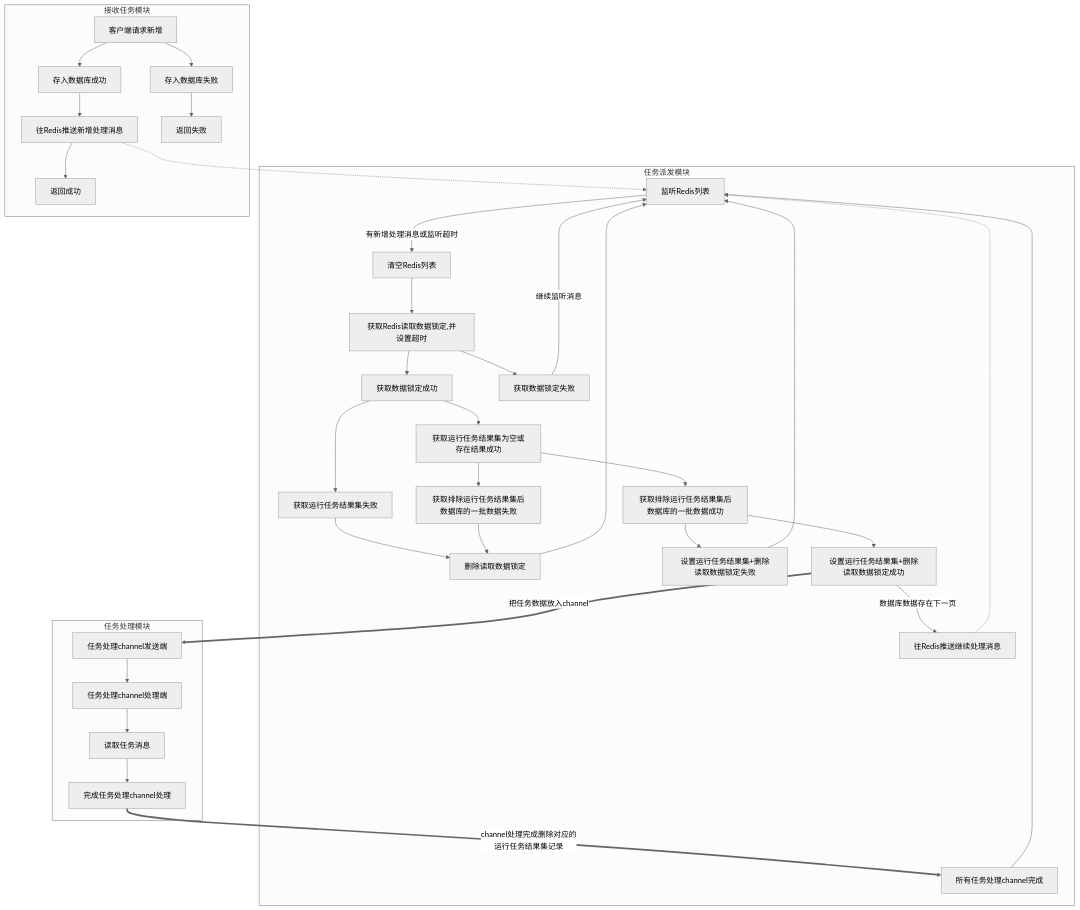
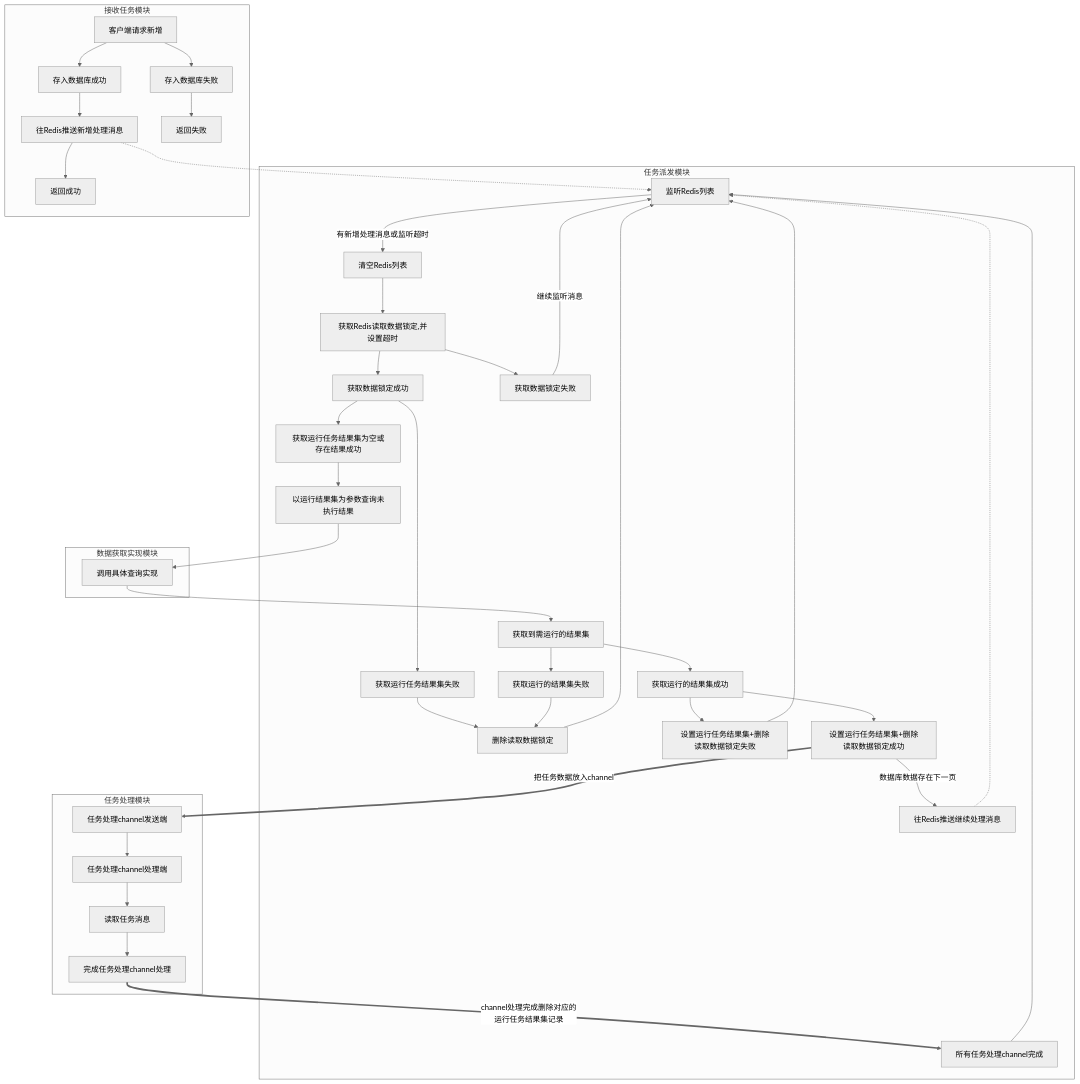
Before and after one commit to shanliu/lsys: the diagram in lsys-sender/README.MD, drawn with Mermaid (neutral theme). The commit also changed other lines of this file and 66 other files, not shown here.

````diff
--- a/lsys-sender/README.MD
+++ b/lsys-sender/README.MD
@@ -17,26 +17,30 @@
 ```mermaid
 flowchart TB
     往Redis推送新增处理消息 -.-> 监听Redis列表
     subgraph worker-service[任务处理模块]
         任务处理channel发送端-->任务处理channel处理端-->读取任务消息-->完成任务处理channel处理
     end
     subgraph send-service[任务派发模块]
         监听Redis列表--有新增处理消息或监听超时-->清空Redis列表-->获取Redis读取数据锁定,并设置超时
         获取Redis读取数据锁定,并设置超时-->获取数据锁定成功
         获取Redis读取数据锁定,并设置超时-->获取数据锁定失败 --继续监听消息 -->监听Redis列表
         获取数据锁定成功-->获取运行任务结果集失败-->删除读取数据锁定1[删除读取数据锁定]
         获取数据锁定成功-->获取运行任务结果集为空或存在结果成功
-        获取运行任务结果集为空或存在结果成功-->获取排除运行任务结果集后数据库的一批数据失败
-        获取排除运行任务结果集后数据库的一批数据失败-->删除读取数据锁定1[删除读取数据锁定]-->监听Redis列表
-        获取运行任务结果集为空或存在结果成功-->获取排除运行任务结果集后数据库的一批数据成功
-        获取排除运行任务结果集后数据库的一批数据成功-->设置运行任务结果集+删除读取数据锁定失败-->监听Redis列表
-        获取排除运行任务结果集后数据库的一批数据成功-->设置运行任务结果集+删除读取数据锁定成功
+        获取运行任务结果集为空或存在结果成功-->以运行结果集为参数查询未执行结果
+        获取到需运行的结果集-->获取运行的结果集失败
+        获取运行的结果集失败-->删除读取数据锁定1[删除读取数据锁定]-->监听Redis列表
+        获取到需运行的结果集-->获取运行的结果集成功
+        获取运行的结果集成功-->设置运行任务结果集+删除读取数据锁定失败-->监听Redis列表
+        获取运行的结果集成功-->设置运行任务结果集+删除读取数据锁定成功
         设置运行任务结果集+删除读取数据锁定成功--数据库数据存在下一页-->往Redis推送继续处理消息-.->监听Redis列表
         设置运行任务结果集+删除读取数据锁定成功==把任务数据放入channel==>任务处理channel发送端
         完成任务处理channel处理==channel处理完成删除对应的运行任务结果集记录==>所有任务处理channel完成-->监听Redis列表
+    end
+    subgraph record-service[数据获取实现模块]
+        以运行结果集为参数查询未执行结果-->调用具体查询实现-->获取到需运行的结果集
     end
     subgraph receive-service[接收任务模块]
     客户端请求新增-->存入数据库成功-->往Redis推送新增处理消息-->返回成功
     客户端请求新增-->存入数据库失败-->返回失败
     end
 ```
````
